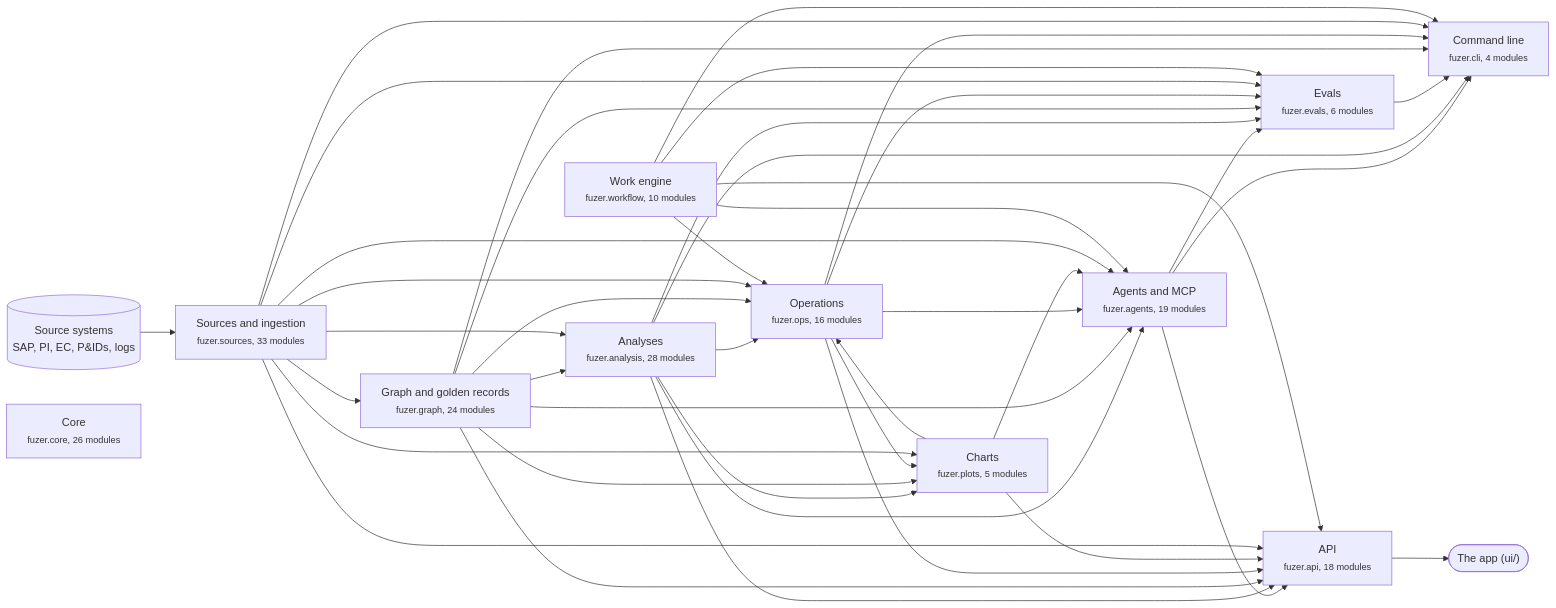
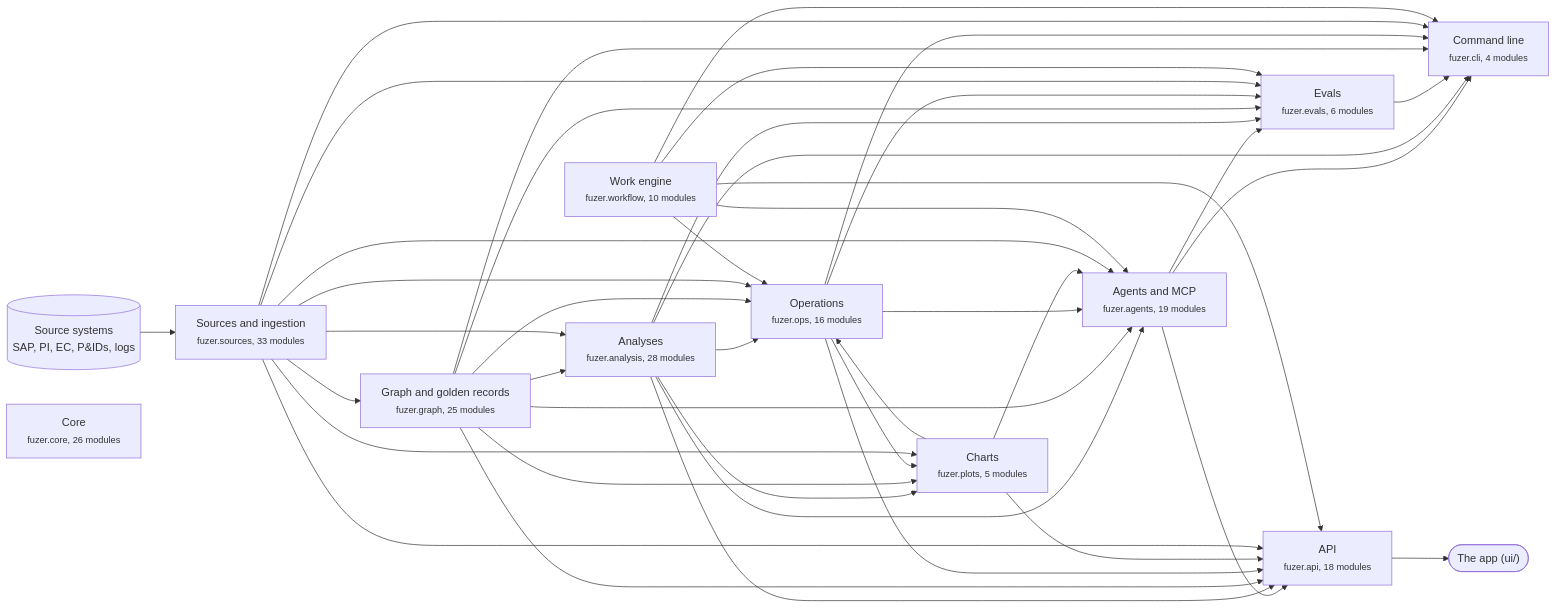
One commit to areed145/fuzer changed the first of 3 diagrams in docs/architecture.md. Above: the diagram before and after it, drawn with Mermaid. The commit also changed other lines of this file and 10 other files, not shown here.

````diff
--- a/docs/architecture.md
+++ b/docs/architecture.md
@@ -8,66 +8,66 @@
 ```mermaid
 flowchart LR
   systems[("Source systems<br>SAP, PI, EC, P&IDs, logs")] --> c_sources
   app(["The app (ui/)"])
   c_api --> app
   c_sources["Sources and ingestion<br><small>fuzer.sources, 33 modules</small>"]
-  c_graph["Graph and golden records<br><small>fuzer.graph, 24 modules</small>"]
+  c_graph["Graph and golden records<br><small>fuzer.graph, 25 modules</small>"]
   c_analysis["Analyses<br><small>fuzer.analysis, 28 modules</small>"]
   c_ops["Operations<br><small>fuzer.ops, 16 modules</small>"]
   c_plots["Charts<br><small>fuzer.plots, 5 modules</small>"]
   c_workflow["Work engine<br><small>fuzer.workflow, 10 modules</small>"]
   c_agents["Agents and MCP<br><small>fuzer.agents, 19 modules</small>"]
   c_evals["Evals<br><small>fuzer.evals, 6 modules</small>"]
   c_api["API<br><small>fuzer.api, 18 modules</small>"]
   c_cli["Command line<br><small>fuzer.cli, 4 modules</small>"]
   c_core["Core<br><small>fuzer.core, 26 modules</small>"]
   c_sources --> c_graph
   c_graph --> c_analysis
   c_sources --> c_analysis
   c_analysis --> c_ops
   c_graph --> c_ops
   c_plots --> c_ops
   c_sources --> c_ops
   c_workflow --> c_ops
   c_analysis --> c_plots
   c_graph --> c_plots
   c_ops --> c_plots
   c_sources --> c_plots
   c_analysis --> c_agents
   c_graph --> c_agents
   c_ops --> c_agents
   c_plots --> c_agents
   c_sources --> c_agents
   c_workflow --> c_agents
   c_agents --> c_evals
   c_analysis --> c_evals
   c_graph --> c_evals
   c_ops --> c_evals
   c_sources --> c_evals
   c_workflow --> c_evals
   c_agents --> c_api
   c_analysis --> c_api
   c_graph --> c_api
   c_ops --> c_api
   c_plots --> c_api
   c_sources --> c_api
   c_workflow --> c_api
   c_agents --> c_cli
   c_analysis --> c_cli
   c_evals --> c_cli
   c_graph --> c_cli
   c_ops --> c_cli
   c_sources --> c_cli
   c_workflow --> c_cli
   click c_sources "https://github.com/areed145/fuzer/tree/main/src/fuzer/sources"
   click c_graph "https://github.com/areed145/fuzer/tree/main/src/fuzer/graph"
   click c_analysis "https://github.com/areed145/fuzer/tree/main/src/fuzer/analysis"
   click c_ops "https://github.com/areed145/fuzer/tree/main/src/fuzer/ops"
   click c_plots "https://github.com/areed145/fuzer/tree/main/src/fuzer/plots"
   click c_workflow "https://github.com/areed145/fuzer/tree/main/src/fuzer/workflow"
   click c_agents "https://github.com/areed145/fuzer/tree/main/src/fuzer/agents"
   click c_evals "https://github.com/areed145/fuzer/tree/main/src/fuzer/evals"
   click c_api "https://github.com/areed145/fuzer/tree/main/src/fuzer/api"
   click c_cli "https://github.com/areed145/fuzer/tree/main/src/fuzer/cli"
   click c_core "https://github.com/areed145/fuzer/tree/main/src/fuzer/core"
 ```
````
